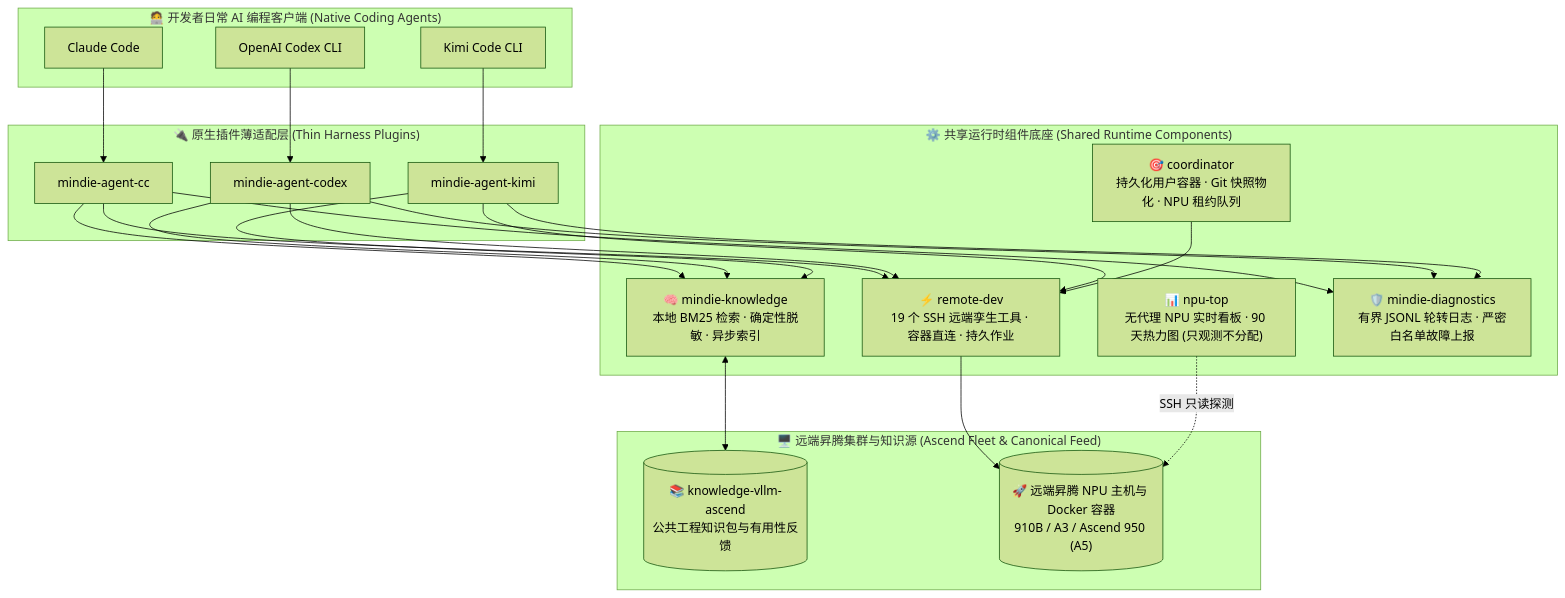
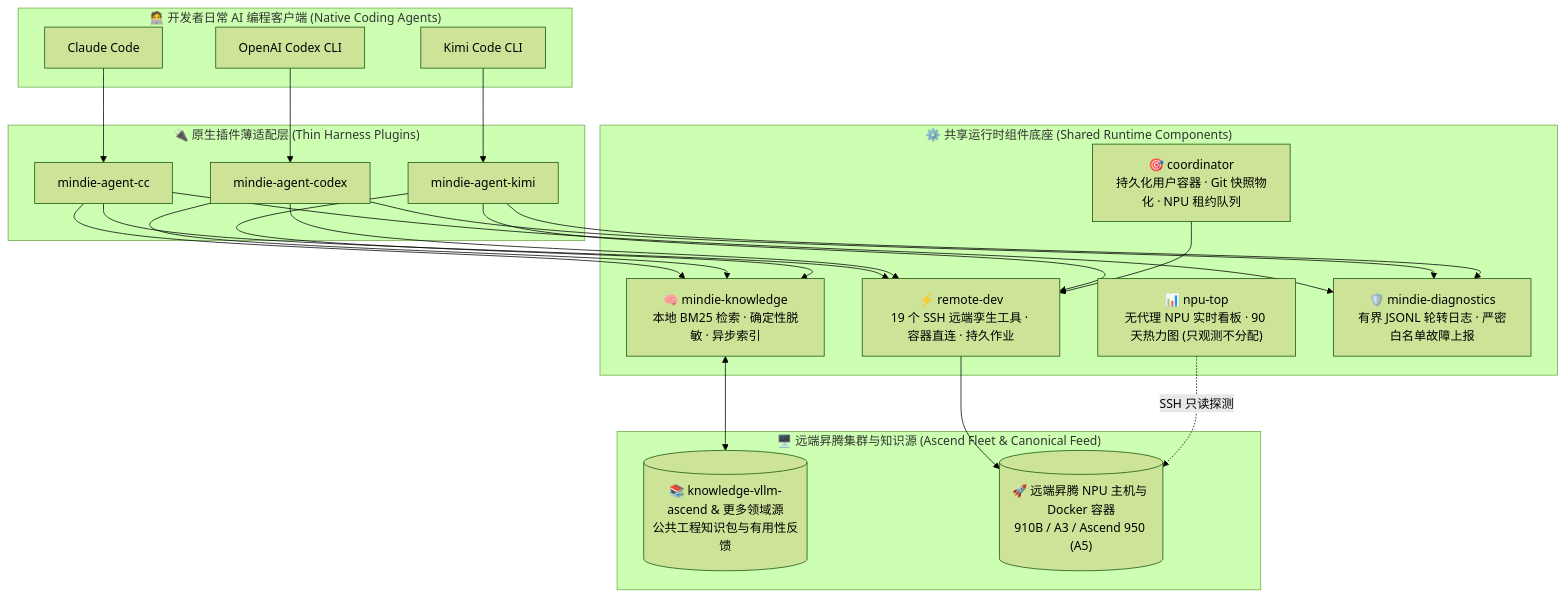
Before and after one commit to Yuli-yx/vllm-ascend-workspace: the first of 2 diagrams in README.md, drawn with Mermaid (forest theme). The commit also changed other lines of this file and 1 other file, not shown here.

Commit message:
docs: position MindIE Agent as unified Ascend NPU AI Infra agent platform (#230)

````diff
--- a/README.md
+++ b/README.md
@@ -129,37 +131,37 @@
 ```mermaid
 flowchart TB
   subgraph Clients["🧑‍💻 开发者日常 AI 编程客户端 (Native Coding Agents)"]
     CC["Claude Code"]
     Codex["OpenAI Codex CLI"]
     Kimi["Kimi Code CLI"]
   end
 
   subgraph Adapters["🔌 原生插件薄适配层 (Thin Harness Plugins)"]
     P_CC["mindie-agent-cc"]
     P_Codex["mindie-agent-codex"]
     P_Kimi["mindie-agent-kimi"]
   end
 
   subgraph Core["⚙️ 共享运行时组件底座 (Shared Runtime Components)"]
     Knowledge["🧠 mindie-knowledge<br/>本地 BM25 检索 · 确定性脱敏 · 异步索引"]
     RemoteDev["⚡ remote-dev<br/>19 个 SSH 远端孪生工具 · 容器直连 · 持久作业"]
     Coord["🎯 coordinator<br/>持久化用户容器 · Git 快照物化 · NPU 租约队列"]
     NpuTop["📊 npu-top<br/>无代理 NPU 实时看板 · 90 天热力图 (只观测不分配)"]
     Diag["🛡️ mindie-diagnostics<br/>有界 JSONL 轮转日志 · 严密白名单故障上报"]
   end
 
   subgraph Remote["🖥️ 远端昇腾集群与知识源 (Ascend Fleet & Canonical Feed)"]
-    Feed[("📚 knowledge-vllm-ascend<br/>公共工程知识包与有用性反馈")]
+    Feed[("📚 knowledge-vllm-ascend & 更多领域源<br/>公共工程知识包与有用性反馈")]
     Cluster[("🚀 远端昇腾 NPU 主机与 Docker 容器<br/>910B / A3 / Ascend 950 (A5)")]
   end
 
   CC --> P_CC
   Codex --> P_Codex
   Kimi --> P_Kimi
 
   P_CC & P_Codex & P_Kimi --> Knowledge & RemoteDev & Diag
   Knowledge <--> Feed
   RemoteDev --> Cluster
   Coord --> RemoteDev
   NpuTop -. "SSH 只读探测" .-> Cluster
 ```
````
